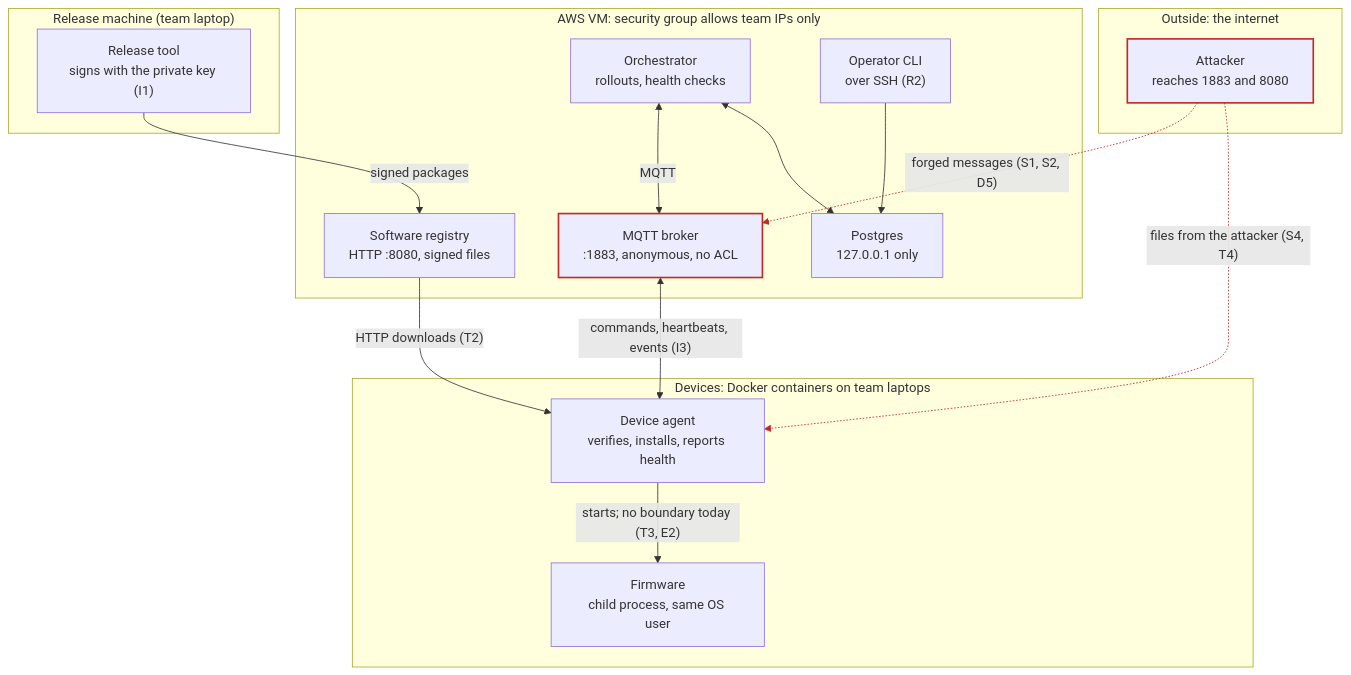
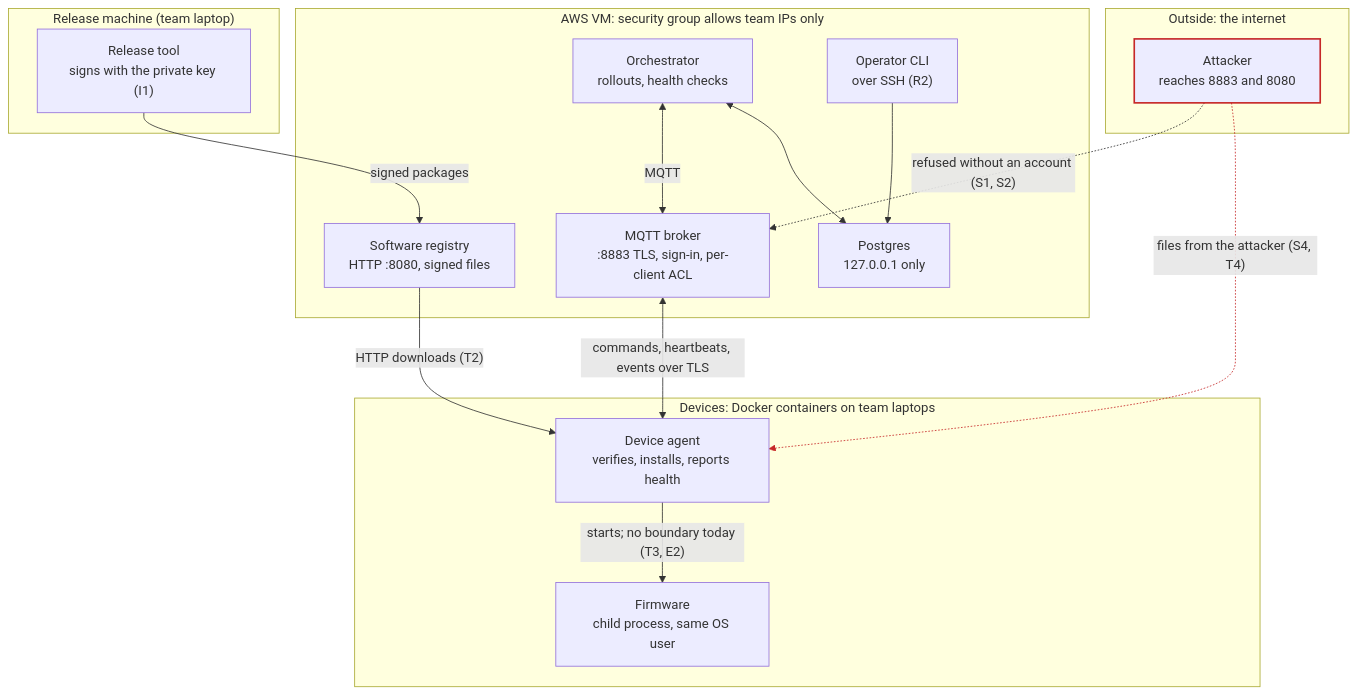
Before and after one commit to nathanmullins11/ota-fleet-manager: the diagram in docs/threat-model.md, drawn with Mermaid. The commit also changed other lines of this file and 32 other files, not shown here.

````diff
--- a/docs/threat-model.md
+++ b/docs/threat-model.md
@@ -31,32 +31,31 @@
 ```mermaid
 flowchart TB
     subgraph REL["Release machine (team laptop)"]
         tool["Release tool<br/>signs with the private key (I1)"]
     end
     subgraph OUT["Outside: the internet"]
-        atk["Attacker<br/>reaches 1883 and 8080"]
+        atk["Attacker<br/>reaches 8883 and 8080"]
     end
     subgraph VM["AWS VM: security group allows team IPs only"]
         reg["Software registry<br/>HTTP :8080, signed files"]
-        broker["MQTT broker<br/>:1883, anonymous, no ACL"]
+        broker["MQTT broker<br/>:8883 TLS, sign-in, per-client ACL"]
         orch["Orchestrator<br/>rollouts, health checks"]
         cli["Operator CLI<br/>over SSH (R2)"]
         pg["Postgres<br/>127.0.0.1 only"]
     end
     subgraph DEV["Devices: Docker containers on team laptops"]
         agent["Device agent<br/>verifies, installs, reports health"]
         fw["Firmware<br/>child process, same OS user"]
     end
     tool -- "signed packages" --> reg
     orch <-- "MQTT" --> broker
     orch <--> pg
     cli --> pg
-    broker <-- "commands, heartbeats, events (I3)" --> agent
+    broker <-- "commands, heartbeats, events over TLS" --> agent
     reg -- "HTTP downloads (T2)" --> agent
     agent -- "starts; no boundary today (T3, E2)" --> fw
-    atk -. "forged messages (S1, S2, D5)" .-> broker
+    atk -. "refused without an account (S1, S2)" .-> broker
     atk -. "files from the attacker (S4, T4)" .-> agent
-    linkStyle 7,8 stroke:#c62828
+    linkStyle 8 stroke:#c62828
     style atk stroke:#c62828,stroke-width:2px
-    style broker stroke:#c62828,stroke-width:2px
 ```
````
